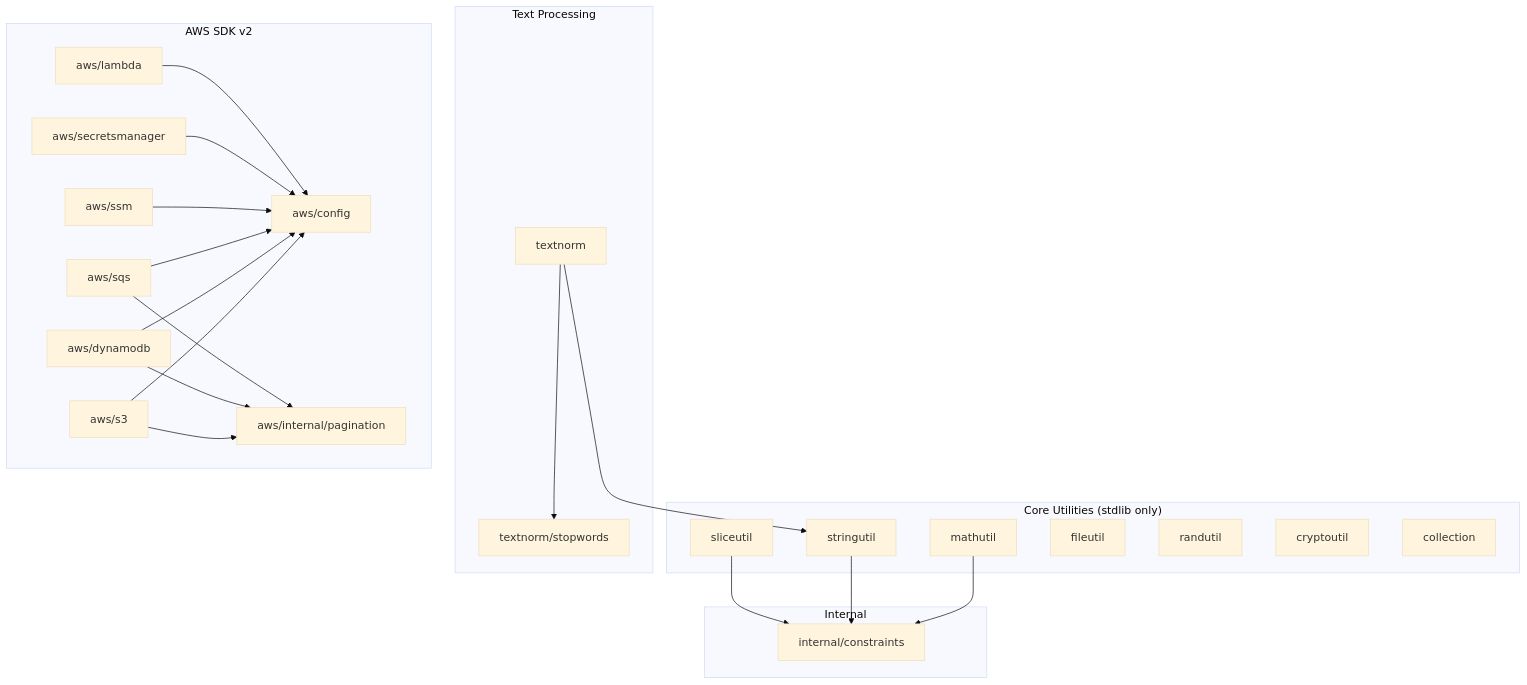
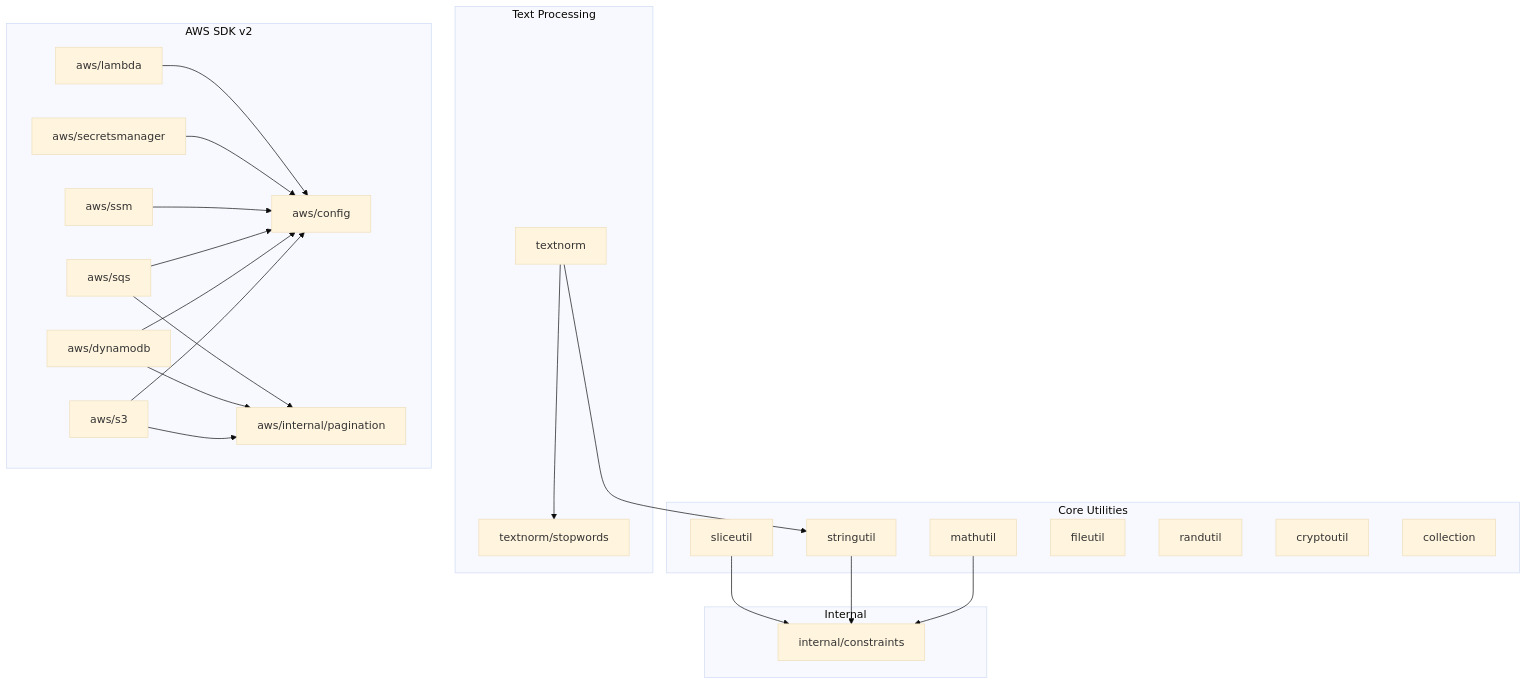
The diagram in docs/packages/index.md (alessiosavi/GoGPUtils), drawn with Mermaid (base theme) before and after one commit. The commit also changed other lines of this file and 14 other files, not shown here.

````diff
--- a/docs/packages/index.md
+++ b/docs/packages/index.md
@@ -55,47 +55,47 @@
 ```mermaid
 graph TB
-    subgraph Core["Core Utilities (stdlib only)"]
+    subgraph Core["Core Utilities"]
         SL[sliceutil]
         STR[stringutil]
         M[mathutil]
         F[fileutil]
         R[randutil]
         CR[cryptoutil]
         COL[collection]
     end
 
     subgraph Text["Text Processing"]
         TN[textnorm]
         SW[textnorm/stopwords]
     end
 
     subgraph AWS2["AWS SDK v2"]
         AC[aws/config]
         S3[aws/s3]
         DDB[aws/dynamodb]
         SQS[aws/sqs]
         SSM[aws/ssm]
         SM[aws/secretsmanager]
         L[aws/lambda]
         AIP[aws/internal/pagination]
     end
 
     subgraph Internal["Internal"]
         IC[internal/constraints]
     end
 
     SL --> IC
     STR --> IC
     M --> IC
     TN --> STR
     TN --> SW
     S3 --> AC
     DDB --> AC
     SQS --> AC
     SSM --> AC
     SM --> AC
     L --> AC
     S3 --> AIP
     DDB --> AIP
     SQS --> AIP
 ```
````
